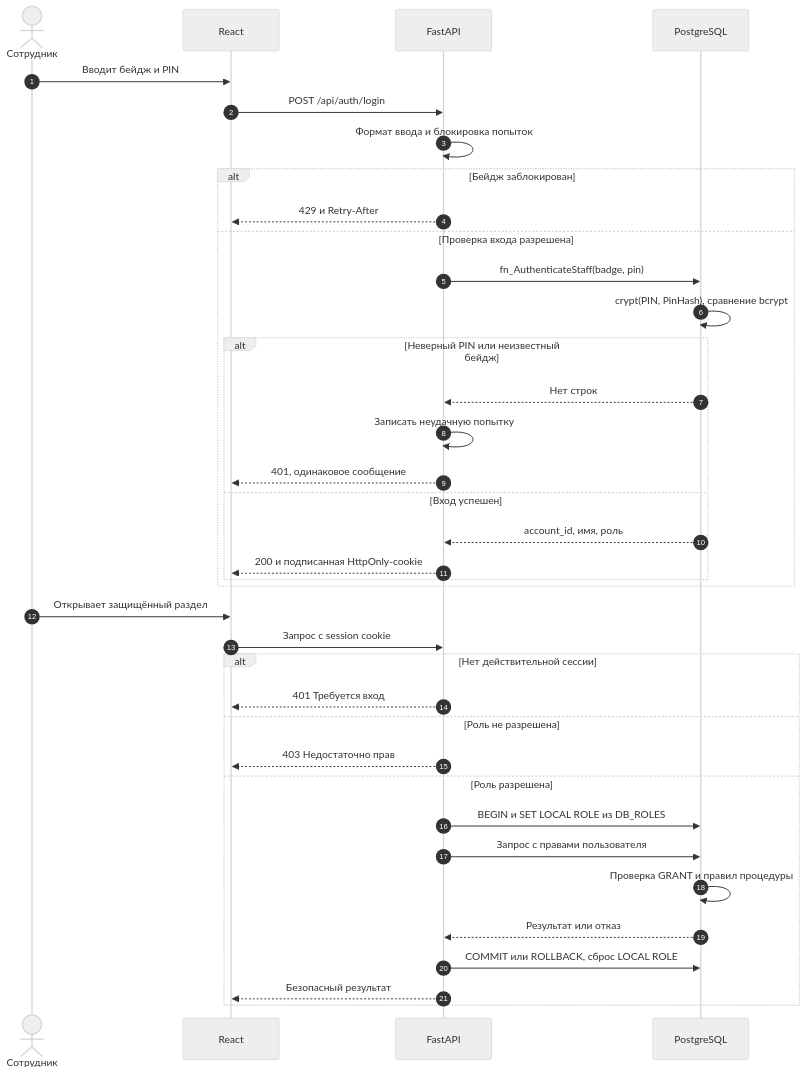
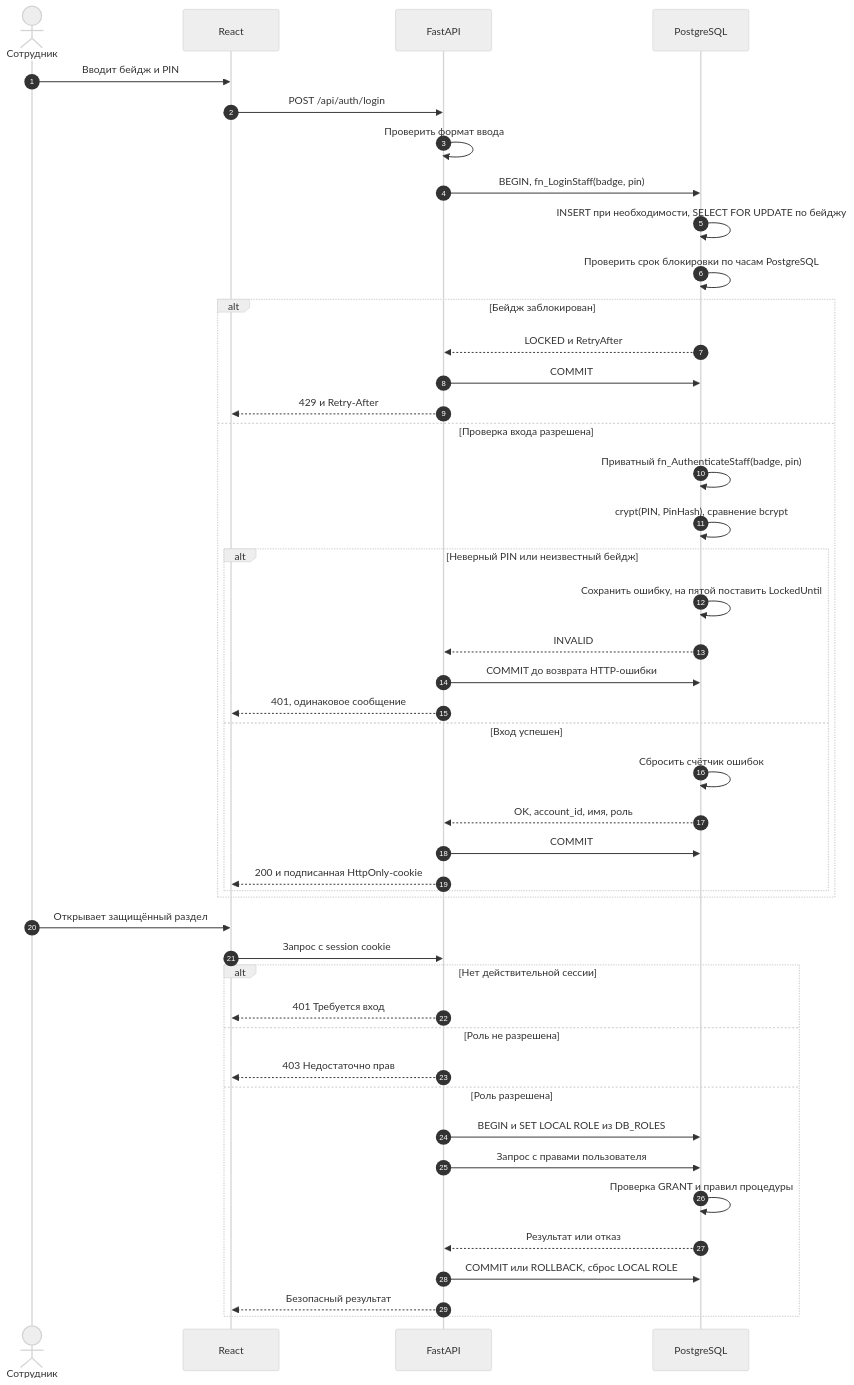
One commit to Theleriz/Hospital-Ward-Management changed the first of 7 diagrams in docs/sequence-diagrams.md. Above: the diagram before and after it, drawn with Mermaid (neutral theme). The commit also changed 22 other files, not shown here.

Commit message:
Persist atomic PIN lockout in PostgreSQL and verify backend restarts (T-48)

````diff
--- a/docs/sequence-diagrams.md
+++ b/docs/sequence-diagrams.md
@@ -22,39 +22,47 @@
 ```mermaid
 sequenceDiagram
     autonumber
     actor Staff as Сотрудник
     participant UI as React
     participant API as FastAPI
     participant DB as PostgreSQL
     Staff->>UI: Вводит бейдж и PIN
     UI->>API: POST /api/auth/login
-    API->>API: Формат ввода и блокировка попыток
+    API->>API: Проверить формат ввода
+    API->>DB: BEGIN, fn_LoginStaff(badge, pin)
+    DB->>DB: INSERT при необходимости, SELECT FOR UPDATE по бейджу
+    DB->>DB: Проверить срок блокировки по часам PostgreSQL
     alt Бейдж заблокирован
+        DB-->>API: LOCKED и RetryAfter
+        API->>DB: COMMIT
         API-->>UI: 429 и Retry-After
     else Проверка входа разрешена
-        API->>DB: fn_AuthenticateStaff(badge, pin)
+        DB->>DB: Приватный fn_AuthenticateStaff(badge, pin)
         DB->>DB: crypt(PIN, PinHash), сравнение bcrypt
         alt Неверный PIN или неизвестный бейдж
-            DB-->>API: Нет строк
-            API->>API: Записать неудачную попытку
+            DB->>DB: Сохранить ошибку, на пятой поставить LockedUntil
+            DB-->>API: INVALID
+            API->>DB: COMMIT до возврата HTTP-ошибки
             API-->>UI: 401, одинаковое сообщение
         else Вход успешен
-            DB-->>API: account_id, имя, роль
+            DB->>DB: Сбросить счётчик ошибок
+            DB-->>API: OK, account_id, имя, роль
+            API->>DB: COMMIT
             API-->>UI: 200 и подписанная HttpOnly-cookie
         end
     end
     Staff->>UI: Открывает защищённый раздел
     UI->>API: Запрос с session cookie
     alt Нет действительной сессии
         API-->>UI: 401 Требуется вход
     else Роль не разрешена
         API-->>UI: 403 Недостаточно прав
     else Роль разрешена
         API->>DB: BEGIN и SET LOCAL ROLE из DB_ROLES
         API->>DB: Запрос с правами пользователя
         DB->>DB: Проверка GRANT и правил процедуры
         DB-->>API: Результат или отказ
         API->>DB: COMMIT или ROLLBACK, сброс LOCAL ROLE
         API-->>UI: Безопасный результат
     end
 ```
````
